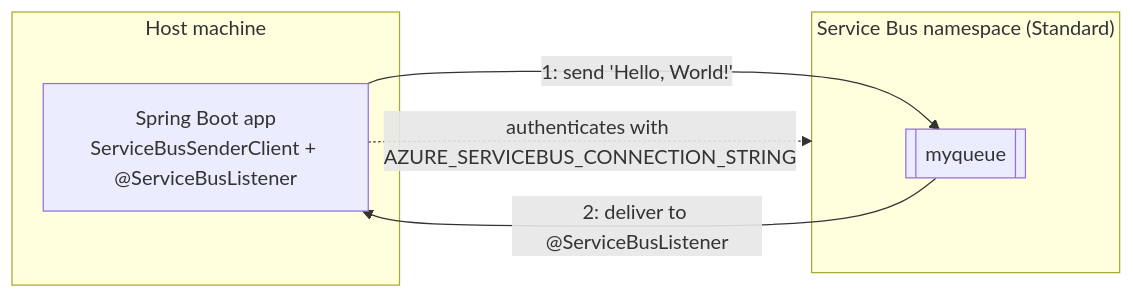
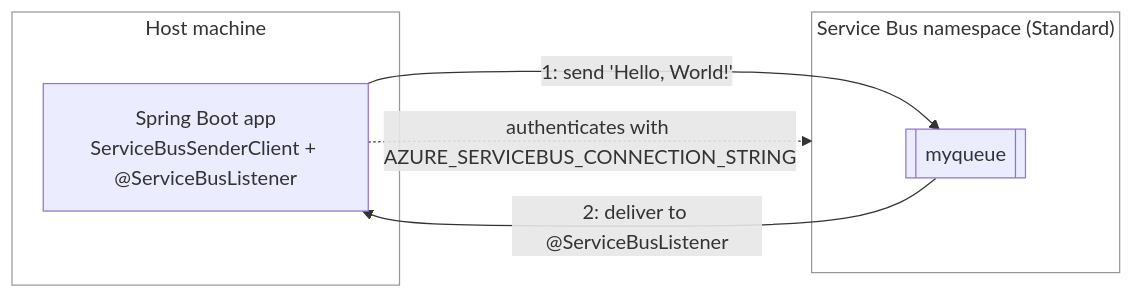
One commit to localstack/localstack-azure-samples changed the diagram in samples/servicebus/java/README.md. Above: the diagram before and after it, drawn with Mermaid. The commit also changed 2 other files, not shown here.

Commit message:
Give the mermaid architecture diagrams white subgraph backgrounds (#115)
* Give the mermaid architecture diagrams white subgraph backgrounds

Mermaid's default theme fills subgraphs pale yellow. Style every subgraph
in the eventhubs, eventhubs-eventgrid and servicebus diagrams with a white
fill, gray border and dark title text, matching the white rounded
containers of the Visio-made architecture images.

* Lay out the eventhubs-eventgrid diagram top-to-bottom

The 7-step pipeline rendered as a ~6:1 wide ribbon in left-to-right
orientation, making labels unreadably small at page width. Top-to-bottom
gives a near-square aspect with full-size text, matching the vertical
flow of the original ASCII drawing.

---------

````diff
--- a/samples/servicebus/java/README.md
+++ b/samples/servicebus/java/README.md
@@ -12,14 +12,17 @@
 ```mermaid
 flowchart LR
     subgraph host["Host machine"]
         app["Spring Boot app<br/>ServiceBusSenderClient + @ServiceBusListener"]
     end
 
     subgraph sbns["Service Bus namespace (Standard)"]
         queue[["myqueue"]]
     end
 
     app -->|"1: send 'Hello, World!'"| queue
     queue -->|"2: deliver to @ServiceBusListener"| app
     app -.->|"authenticates with AZURE_SERVICEBUS_CONNECTION_STRING"| sbns
+
+    style host fill:#ffffff,stroke:#999999,color:#333333
+    style sbns fill:#ffffff,stroke:#999999,color:#333333
 ```
````
